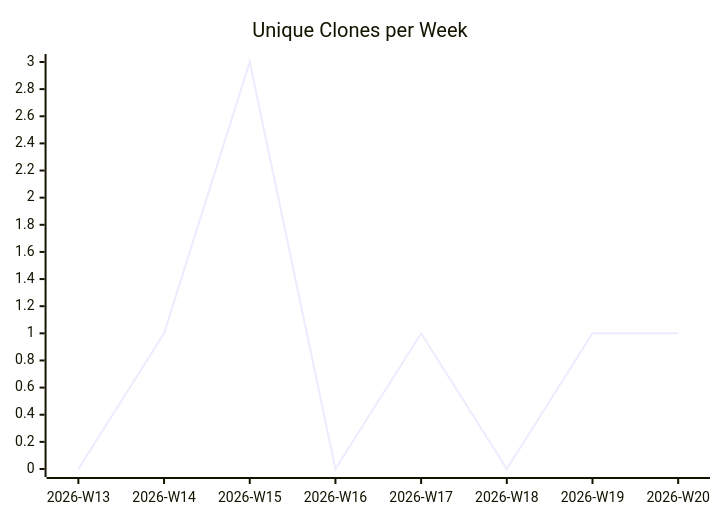
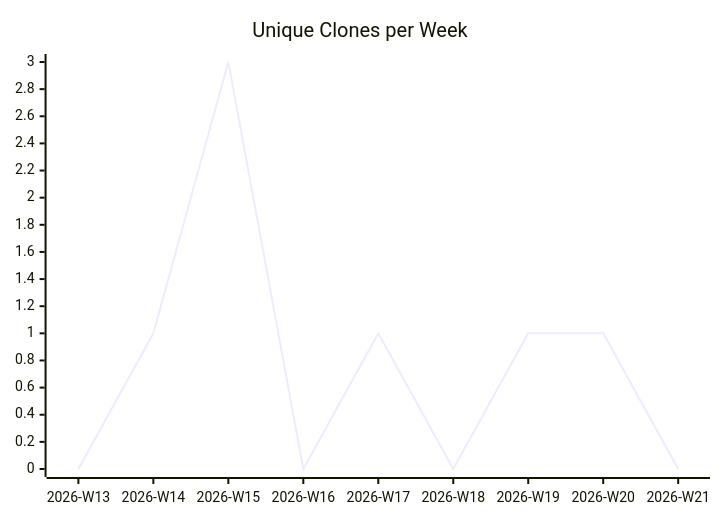
One commit to justdavis-family/github-analytics-data changed the third of 3 diagrams in karlmdavis/FHIR-Server/README.md. Above: the diagram before and after it, drawn with Mermaid. The commit also changed other lines of this file and 189 other files, not shown here.

````diff
--- a/karlmdavis/FHIR-Server/README.md
+++ b/karlmdavis/FHIR-Server/README.md
@@ -19,6 +19,6 @@
 ```mermaid
 xychart-beta
   title "Unique Clones per Week"
-  x-axis ["2026-W13", "2026-W14", "2026-W15", "2026-W16", "2026-W17", "2026-W18", "2026-W19", "2026-W20"]
-  line [0, 1, 3, 0, 1, 0, 1, 1]
+  x-axis ["2026-W13", "2026-W14", "2026-W15", "2026-W16", "2026-W17", "2026-W18", "2026-W19", "2026-W20", "2026-W21"]
+  line [0, 1, 3, 0, 1, 0, 1, 1, 0]
 ```
````
